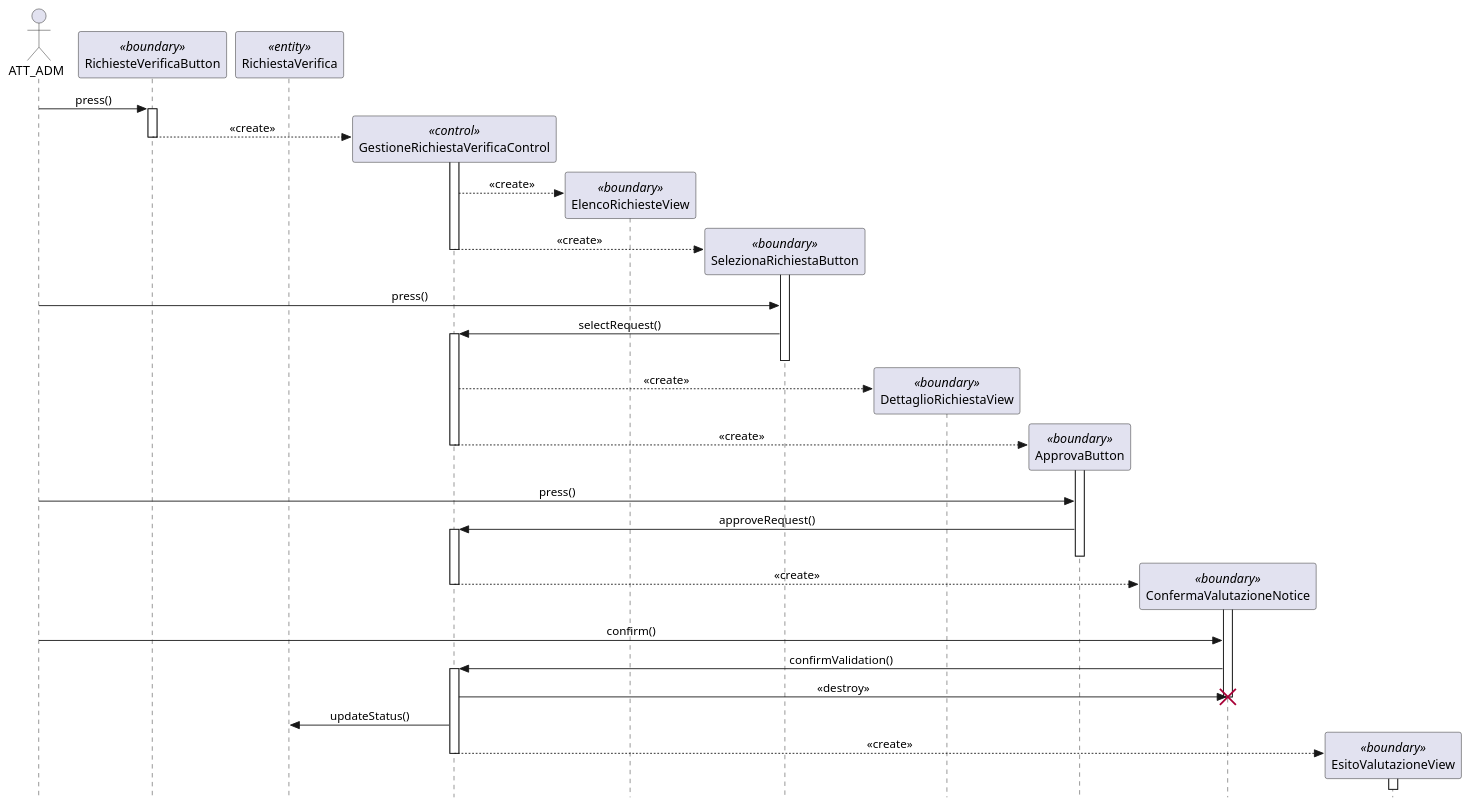
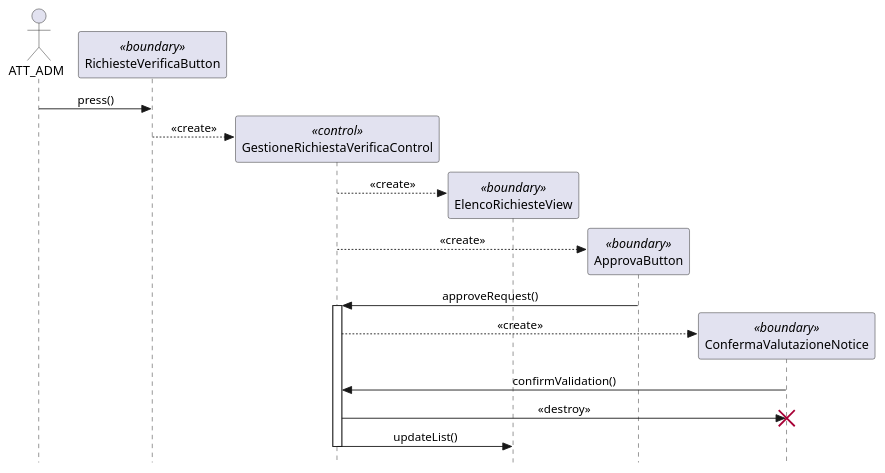
Before and after one commit to rdelvacchio/AmplyMus: the diagram in RAD/src/SD/SD_GM_6.plantuml, drawn with PlantUML. The commit also changed 4 other files, not shown here.

```diff
--- a/RAD/src/SD/SD_GM_6.plantuml
+++ b/RAD/src/SD/SD_GM_6.plantuml
@@ -1,56 +1,30 @@
 @startuml
 hide footbox
 skinparam style strictuml
 skinparam sequenceMessageAlign center
 
 actor ATT_ADM
 participant "RichiesteVerificaButton" as A <<boundary>>
-participant "RichiestaVerifica" as H <<entity>>
 
 ATT_ADM -> A : press()
-activate A
 
 create participant "GestioneRichiestaVerificaControl" as B <<control>>
-A --> B ++ : <<create>>
-deactivate A
+A --> B : <<create>>
 
 create participant "ElencoRichiesteView" as C <<boundary>>
-B --> C  : <<create>>
-
-create participant "SelezionaRichiestaButton" as D <<boundary>>
-B --> D ++ : <<create>>
-deactivate B
-
-ATT_ADM -> D : press()
-D -> B ++ : selectRequest()
-deactivate D
-
-create participant "DettaglioRichiestaView" as E <<boundary>>
-B --> E : <<create>>
+B --> C : <<create>>
 
 create participant "ApprovaButton" as F <<boundary>>
-B --> F ++ : <<create>>
-deactivate F
-deactivate B
+B --> F : <<create>>
 
-ATT_ADM -> F : press()
 F -> B ++ : approveRequest()
-deactivate F
 
 create participant "ConfermaValutazioneNotice" as G <<boundary>>
-B --> G ++ : <<create>>
-deactivate B
+B --> G : <<create>>
 
+G -> B : confirmValidation()
+B -> G !! : <<destroy>>
 
-ATT_ADM -> G : confirm()
-G -> B ++ : confirmValidation()
-B -> G !! : <<destroy>>
-deactivate G
-
-B -> H : updateStatus()
-
-create participant "EsitoValutazioneView" as I <<boundary>>
-B --> I ++ : <<create>>
-deactivate I
+B -> C : updateList()
 deactivate B
 @enduml
```
